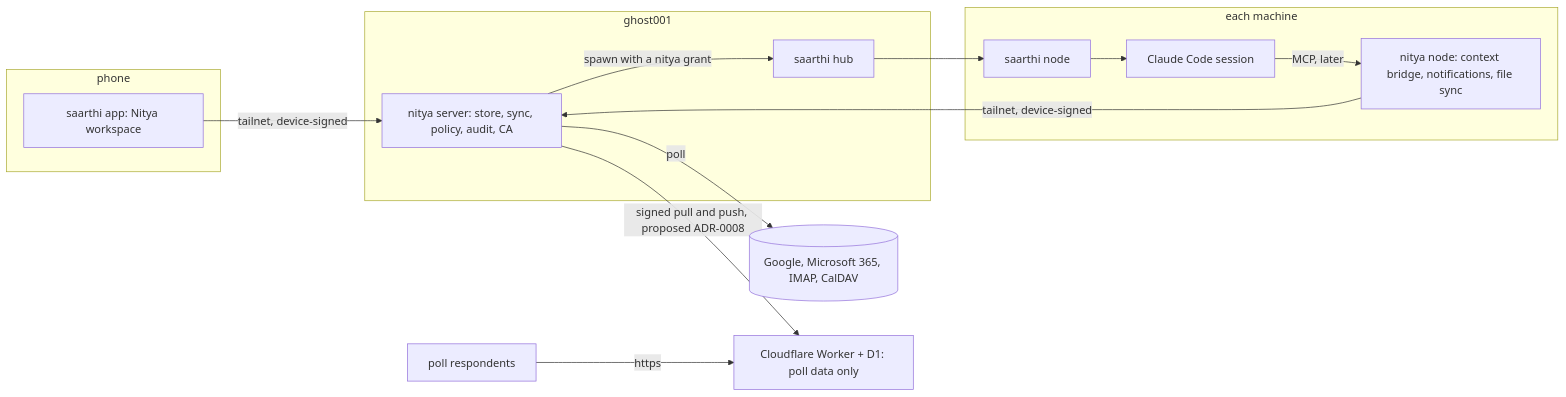
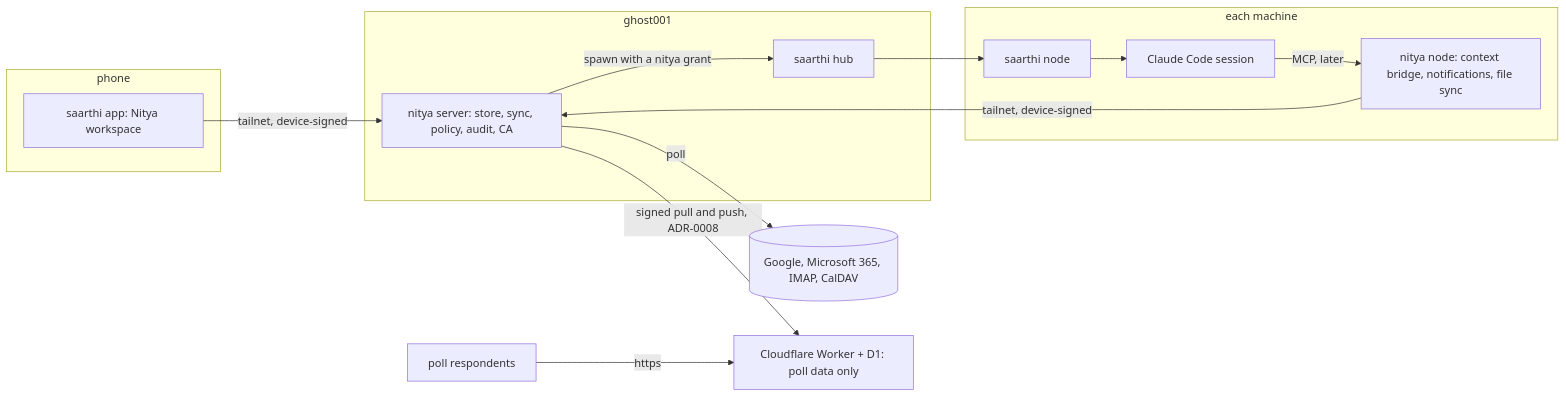
One commit to leoank/nitya changed the diagram in docs/architecture.md. Above: the diagram before and after it, drawn with Mermaid. The commit also changed other lines of this file and 5 other files, not shown here.

First line of the commit message:
docs(decisions): accept ADR-0008 — poll respondents reach a Cloudflare Worker with D1 holding only poll data, never nitya

````diff
--- a/docs/architecture.md
+++ b/docs/architecture.md
@@ -41,25 +41,25 @@
 ```mermaid
 flowchart LR
   subgraph phone[phone]
     app[saarthi app: Nitya workspace]
   end
   subgraph ghost001[ghost001]
     server[nitya server: store, sync, policy, audit, CA]
     hub[saarthi hub]
   end
   subgraph machine[each machine]
     node[nitya node: context bridge, notifications, file sync]
     snode[saarthi node]
     agent[Claude Code session]
   end
   providers[(Google, Microsoft 365, IMAP, CalDAV)]
   outside[poll respondents]
   app -- tailnet, device-signed --> server
   node -- tailnet, device-signed --> server
   server -- poll --> providers
   server -- spawn with a nitya grant --> hub
   hub --> snode --> agent
   agent -- MCP, later --> node
   outside -- https --> worker[Cloudflare Worker + D1: poll data only]
-  server -- signed pull and push, proposed ADR-0008 --> worker
+  server -- signed pull and push, ADR-0008 --> worker
 ```
````
